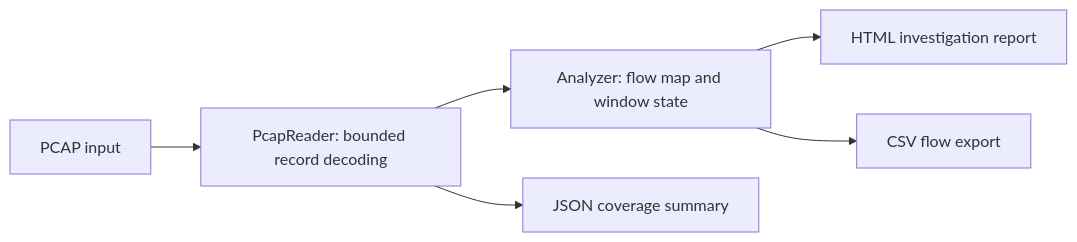
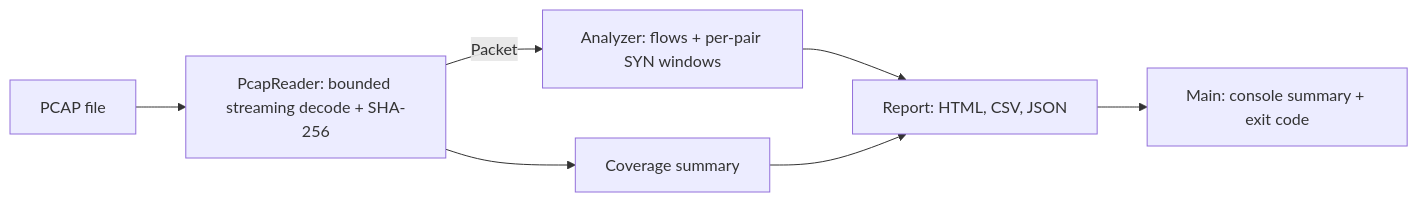
One commit to Mariaax6/tracelens changed the diagram in README.md. Above: the diagram before and after it, drawn with Mermaid. The commit also changed other lines of this file and 34 other files, not shown here.

````diff
--- a/README.md
+++ b/README.md
@@ -57,8 +75,9 @@
 ```mermaid
 flowchart LR
-  P[PCAP input] --> R[PcapReader: bounded record decoding]
-  R --> A[Analyzer: flow map and window state]
-  A --> H[HTML investigation report]
-  A --> C[CSV flow export]
-  R --> J[JSON coverage summary]
+  P[PCAP file] --> R[PcapReader: bounded streaming decode + SHA-256]
+  R -->|Packet| A[Analyzer: flows + per-pair SYN windows]
+  R --> S[Coverage summary]
+  A --> O[Report: HTML, CSV, JSON]
+  S --> O
+  O --> M[Main: console summary + exit code]
 ```
````
